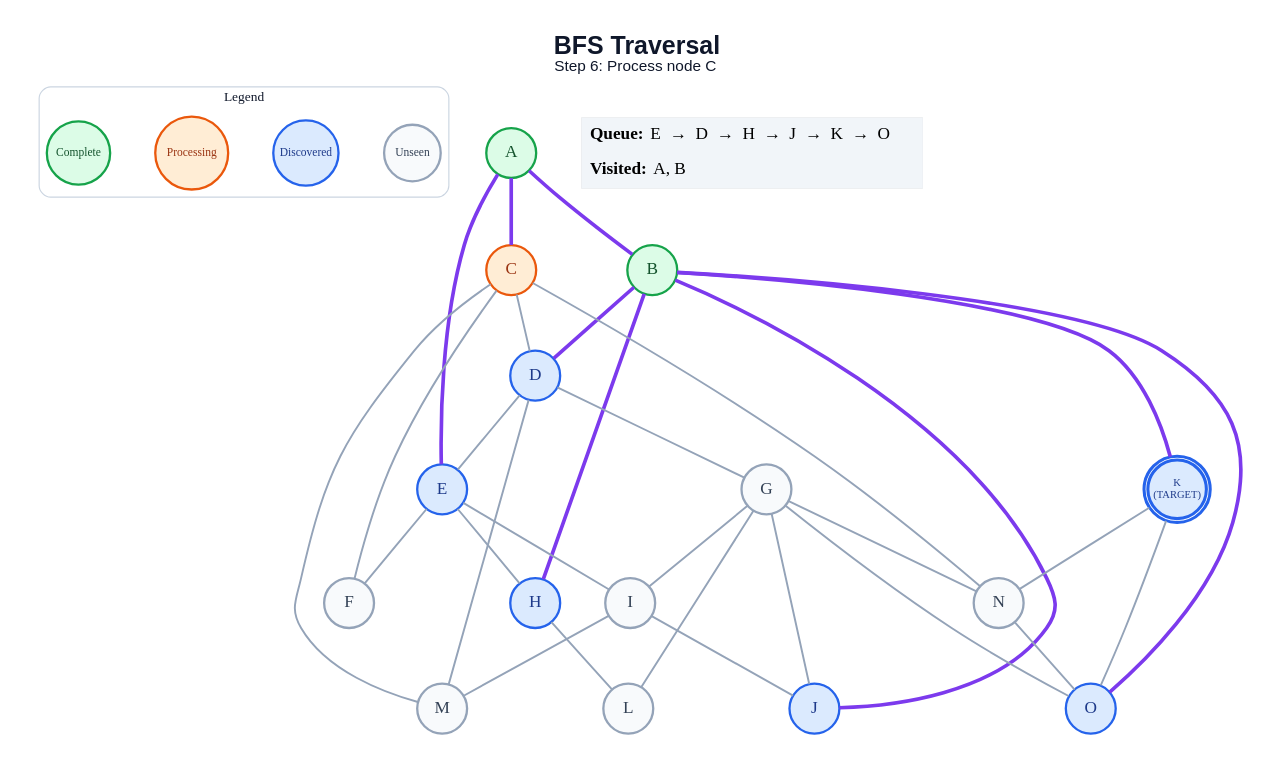
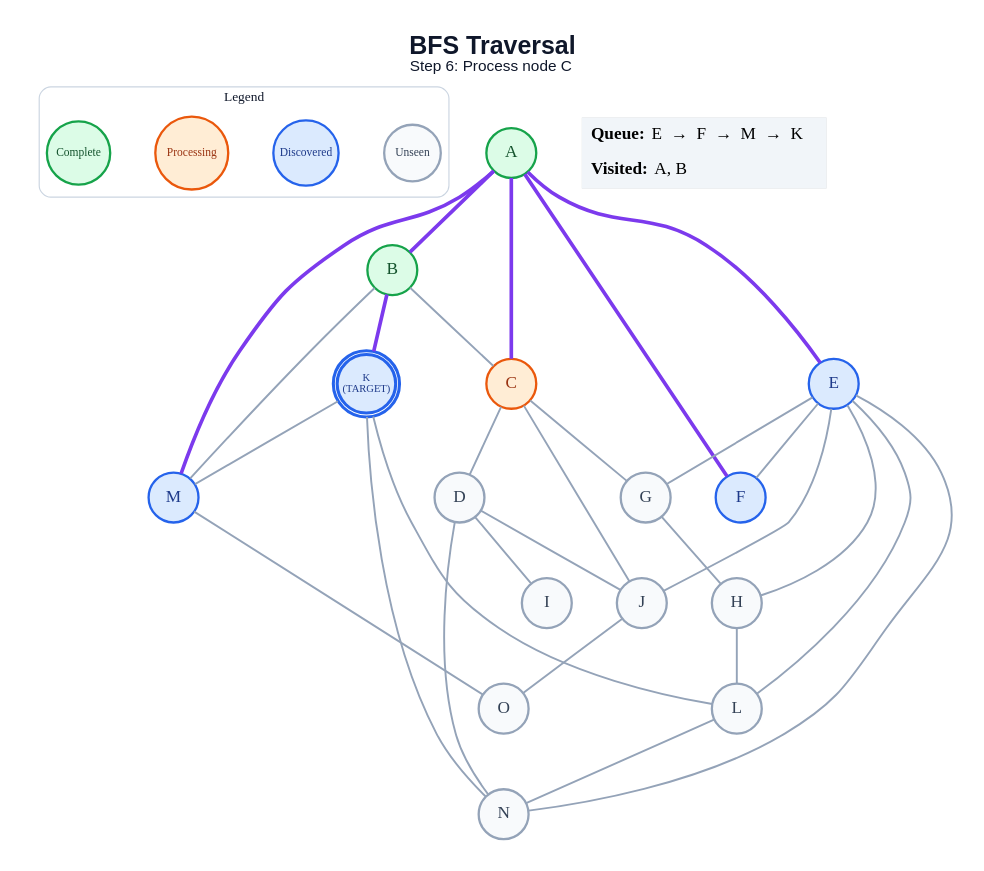
The diagram in generated/specific-node/bfs/step_06.dot (anon7238593-create/ai-slop), drawn with Graphviz before and after one commit. The commit also changed 209 other files, not shown here.

```diff
--- a/generated/specific-node/bfs/step_06.dot
+++ b/generated/specific-node/bfs/step_06.dot
@@ -1,63 +1,62 @@
 graph traversal {
   graph [layout=dot, rankdir=TB, bgcolor="#FFFFFF", pad="0.35", nodesep="0.65", ranksep="0.8", fontname="Arial"];
   node [shape=circle, style="filled", fontname="Arial Bold", fontsize=18, width=0.72, fixedsize=true, penwidth=2.4];
   edge [color="#94A3B8", penwidth=2.0];
   label=<<B>BFS Traversal</B><BR/><FONT POINT-SIZE="16">Step 6: Process node C</FONT>>; labelloc="t"; fontsize=26; fontname="Arial"; fontcolor="#0F172A";
   subgraph cluster_legend { label="Legend"; color="#CBD5E1"; penwidth=1.2; style="rounded"; fontsize=14; fontname="Arial Bold";
     key_unseen [label="Unseen", fillcolor="#F8FAFC", color="#94A3B8", fontcolor="#334155", fontsize=12, width=0.82];
     key_frontier [label="Discovered", fillcolor="#DBEAFE", color="#2563EB", fontcolor="#1E3A8A", fontsize=12, width=0.95];
     key_current [label="Processing", fillcolor="#FFEDD5", color="#EA580C", fontcolor="#9A3412", fontsize=12, width=1.05];
     key_done [label="Complete", fillcolor="#DCFCE7", color="#16A34A", fontcolor="#14532D", fontsize=12, width=0.92];
     { rank=same; key_unseen; key_frontier; key_current; key_done; }
   }
   A [label="A", fillcolor="#DCFCE7", color="#16A34A", fontcolor="#14532D", peripheries=1, penwidth=2.4];
   B [label="B", fillcolor="#DCFCE7", color="#16A34A", fontcolor="#14532D", peripheries=1, penwidth=2.4];
   C [label="C", fillcolor="#FFEDD5", color="#EA580C", fontcolor="#9A3412", peripheries=1, penwidth=2.4];
-  D [label="D", fillcolor="#DBEAFE", color="#2563EB", fontcolor="#1E3A8A", peripheries=1, penwidth=2.4];
+  D [label="D", fillcolor="#F8FAFC", color="#94A3B8", fontcolor="#334155", peripheries=1, penwidth=2.4];
   E [label="E", fillcolor="#DBEAFE", color="#2563EB", fontcolor="#1E3A8A", peripheries=1, penwidth=2.4];
-  F [label="F", fillcolor="#F8FAFC", color="#94A3B8", fontcolor="#334155", peripheries=1, penwidth=2.4];
+  F [label="F", fillcolor="#DBEAFE", color="#2563EB", fontcolor="#1E3A8A", peripheries=1, penwidth=2.4];
   G [label="G", fillcolor="#F8FAFC", color="#94A3B8", fontcolor="#334155", peripheries=1, penwidth=2.4];
-  H [label="H", fillcolor="#DBEAFE", color="#2563EB", fontcolor="#1E3A8A", peripheries=1, penwidth=2.4];
+  H [label="H", fillcolor="#F8FAFC", color="#94A3B8", fontcolor="#334155", peripheries=1, penwidth=2.4];
   I [label="I", fillcolor="#F8FAFC", color="#94A3B8", fontcolor="#334155", peripheries=1, penwidth=2.4];
-  J [label="J", fillcolor="#DBEAFE", color="#2563EB", fontcolor="#1E3A8A", peripheries=1, penwidth=2.4];
+  J [label="J", fillcolor="#F8FAFC", color="#94A3B8", fontcolor="#334155", peripheries=1, penwidth=2.4];
   K [label="K\n(TARGET)", fillcolor="#DBEAFE", color="#2563EB", fontcolor="#1E3A8A", peripheries=2, penwidth=3.2, fontsize=11, width=0.85, height=0.85];
   L [label="L", fillcolor="#F8FAFC", color="#94A3B8", fontcolor="#334155", peripheries=1, penwidth=2.4];
-  M [label="M", fillcolor="#F8FAFC", color="#94A3B8", fontcolor="#334155", peripheries=1, penwidth=2.4];
+  M [label="M", fillcolor="#DBEAFE", color="#2563EB", fontcolor="#1E3A8A", peripheries=1, penwidth=2.4];
   N [label="N", fillcolor="#F8FAFC", color="#94A3B8", fontcolor="#334155", peripheries=1, penwidth=2.4];
-  O [label="O", fillcolor="#DBEAFE", color="#2563EB", fontcolor="#1E3A8A", peripheries=1, penwidth=2.4];
+  O [label="O", fillcolor="#F8FAFC", color="#94A3B8", fontcolor="#334155", peripheries=1, penwidth=2.4];
   A -- B [color="#7C3AED", penwidth=3.8];
   A -- C [color="#7C3AED", penwidth=3.8];
   A -- E [color="#7C3AED", penwidth=3.8];
-  B -- D [color="#7C3AED", penwidth=3.8];
-  B -- H [color="#7C3AED", penwidth=3.8];
-  B -- J [color="#7C3AED", penwidth=3.8];
+  A -- F [color="#7C3AED", penwidth=3.8];
+  A -- M [color="#7C3AED", penwidth=3.8];
+  B -- C;
   B -- K [color="#7C3AED", penwidth=3.8];
-  B -- O [color="#7C3AED", penwidth=3.8];
+  B -- M;
   C -- D;
-  C -- F;
-  C -- M;
-  C -- N;
-  D -- E;
-  D -- G;
-  D -- M;
+  C -- G;
+  C -- J;
+  D -- I;
+  D -- J;
+  D -- N;
   E -- F;
+  E -- G;
   E -- H;
-  E -- I;
-  G -- I;
-  G -- J;
-  G -- L;
-  G -- N;
-  G -- O;
+  E -- J;
+  E -- L;
+  E -- N;
+  G -- H;
   H -- L;
-  I -- J;
-  I -- M;
+  J -- O;
+  K -- L;
+  K -- M;
   K -- N;
-  K -- O;
-  N -- O;
+  L -- N;
+  M -- O;
   status [shape=plain, fixedsize=false, width=0, height=0, margin=0, label=<
     <TABLE BORDER="0" CELLBORDER="0" CELLPADDING="7" BGCOLOR="#F1F5F9">
-      <TR><TD ALIGN="LEFT"><B>Queue:</B> E  →  D  →  H  →  J  →  K  →  O</TD></TR>
+      <TR><TD ALIGN="LEFT"><B>Queue:</B> E  →  F  →  M  →  K</TD></TR>
       <TR><TD ALIGN="LEFT"><B>Visited:</B> A, B</TD></TR>
     </TABLE>
   >];
 }
```
